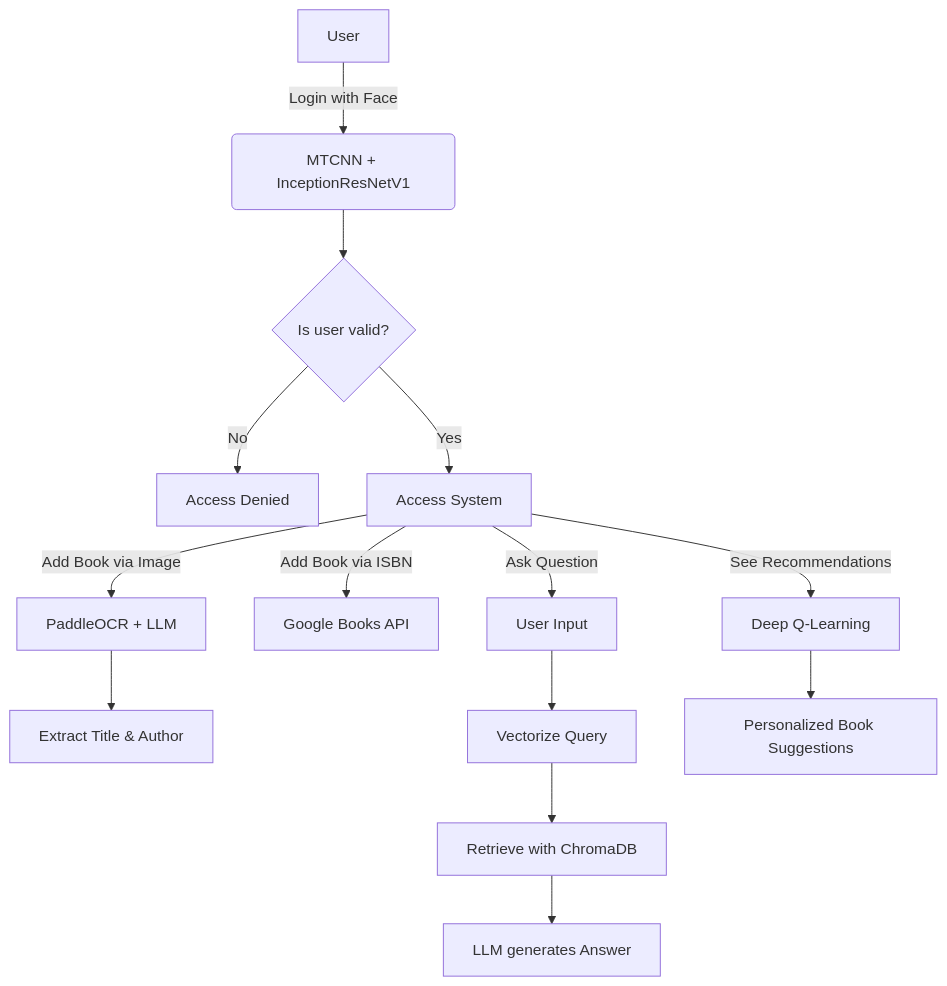
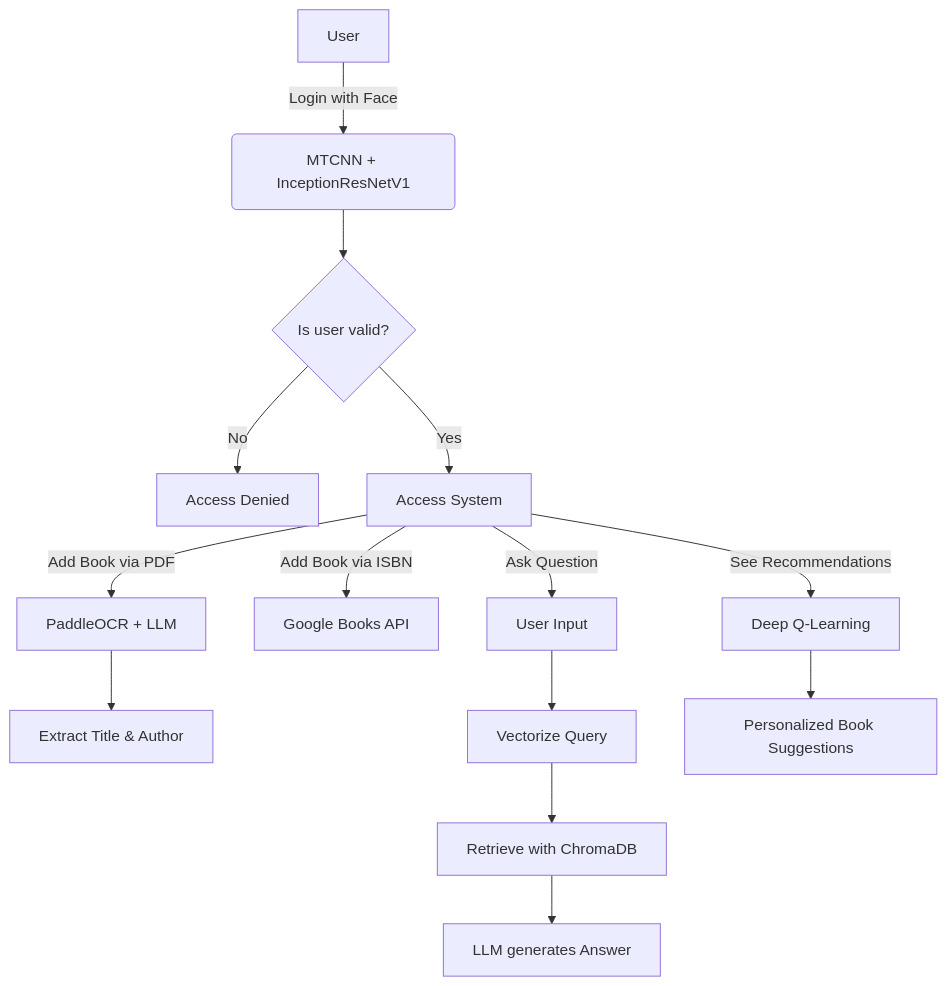
Before and after one commit to ThiPhu210/AI_LIBRARY_FOR_HCMUTE_STUDENTS: the diagram in README.md, drawn with Mermaid.

Commit message:
README.md

````diff
--- a/README.md
+++ b/README.md
@@ -138,20 +138,20 @@
 ```mermaid
 flowchart TD
     A[User] -->|Login with Face| B(MTCNN + InceptionResNetV1)
     B --> C{Is user valid?}
     C -- No --> X[Access Denied]
     C -- Yes --> D[Access System]
 
-    D -->|Add Book via Image| E[PaddleOCR + LLM]
+    D -->|Add Book via PDF| E[PaddleOCR + LLM]
     E --> F[Extract Title & Author]
 
     D -->|Add Book via ISBN| G[Google Books API]
 
     D -->|Ask Question| H[User Input]
     H --> I[Vectorize Query]
     I --> J[Retrieve with ChromaDB]
     J --> K[LLM generates Answer]
 
     D -->|See Recommendations| L[Deep Q-Learning]
     L --> M[Personalized Book Suggestions]
 ```
````
